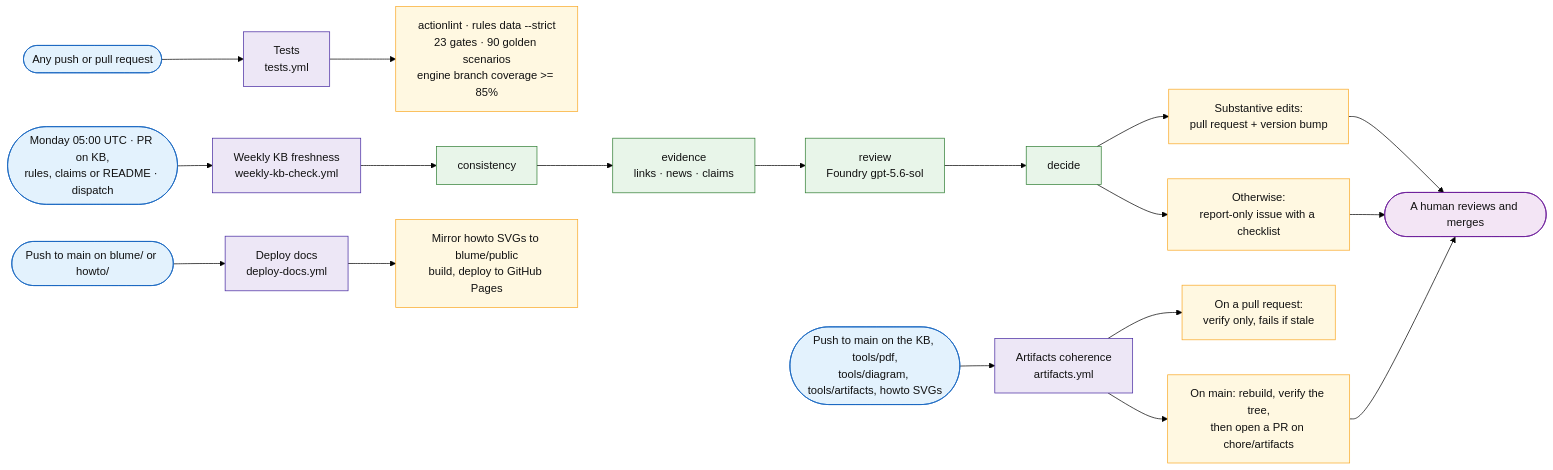
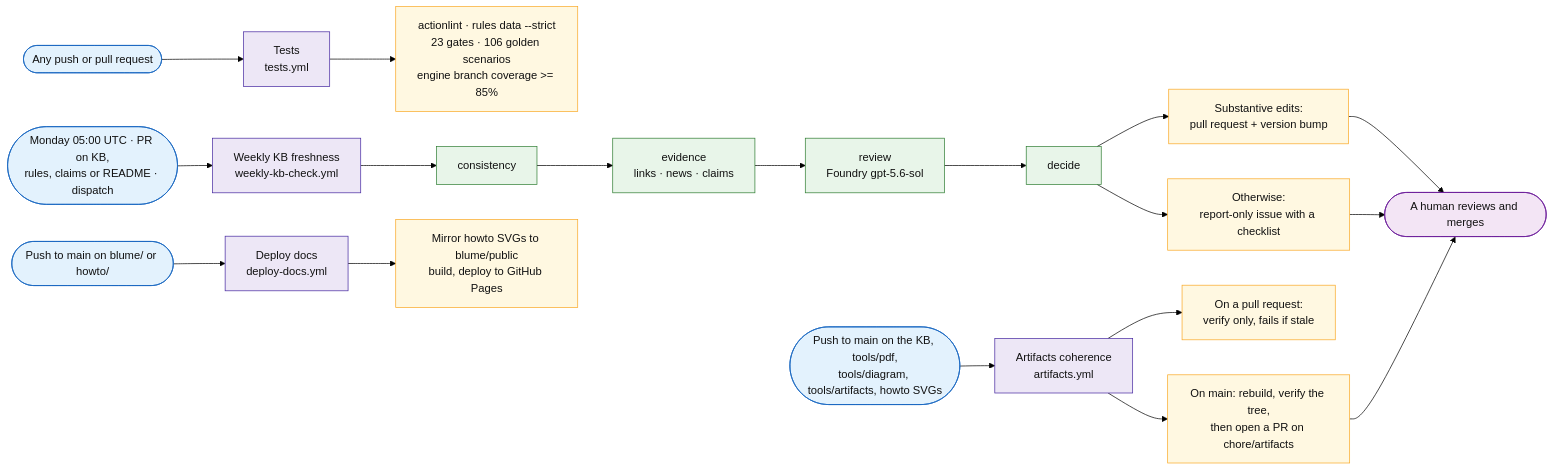
Before and after one commit to fredgis/sql-migration-advisor: the sixth of 6 diagrams in docs/sql-migration-advisor-developer-pitch.md, drawn with Mermaid (forest theme). The commit also changed other lines of this file and 11 other files, not shown here.

````diff
--- a/docs/sql-migration-advisor-developer-pitch.md
+++ b/docs/sql-migration-advisor-developer-pitch.md
@@ -985,33 +985,33 @@
 ```mermaid
 flowchart LR
     G1([Any push or pull request]) --> W1[Tests<br/>tests.yml]
     G2([Monday 05:00 UTC · PR on KB,<br/>rules, claims or README · dispatch]) --> W2[Weekly KB freshness<br/>weekly-kb-check.yml]
     G3([Push to main on the KB, tools/pdf,<br/>tools/diagram, tools/artifacts, howto SVGs]) --> W3[Artifacts coherence<br/>artifacts.yml]
     G4([Push to main on blume/ or howto/]) --> W4[Deploy docs<br/>deploy-docs.yml]
 
-    W1 --> O1[actionlint · rules data --strict<br/>23 gates · 90 golden scenarios<br/>engine branch coverage >= 85%]
+    W1 --> O1[actionlint · rules data --strict<br/>23 gates · 106 golden scenarios<br/>engine branch coverage >= 85%]
 
     W2 --> C1[consistency] --> C2[evidence<br/>links · news · claims] --> C3[review<br/>Foundry gpt-5.6-sol] --> C4[decide]
     C4 --> O2a[Substantive edits:<br/>pull request + version bump]
     C4 --> O2b[Otherwise:<br/>report-only issue with a checklist]
 
     W3 --> O3a[On a pull request:<br/>verify only, fails if stale]
     W3 --> O3b[On main: rebuild, verify the tree,<br/>then open a PR on chore/artifacts]
 
     W4 --> O4[Mirror howto SVGs to blume/public<br/>build, deploy to GitHub Pages]
 
     O2a --> H([A human reviews and merges])
     O2b --> H
     O3b --> H
 
     classDef trig fill:#e3f2fd,stroke:#1565c0,color:#111
     classDef flow fill:#ede7f6,stroke:#4527a0,color:#111
     classDef step fill:#e8f5e9,stroke:#2e7d32,color:#111
     classDef out fill:#fff8e1,stroke:#f9a825,color:#111
     classDef human fill:#f3e5f5,stroke:#6a1b9a,color:#111
     class G1,G2,G3,G4 trig
     class W1,W2,W3,W4 flow
     class C1,C2,C3,C4 step
     class O1,O2a,O2b,O3a,O3b,O4 out
     class H human
 ```
````
